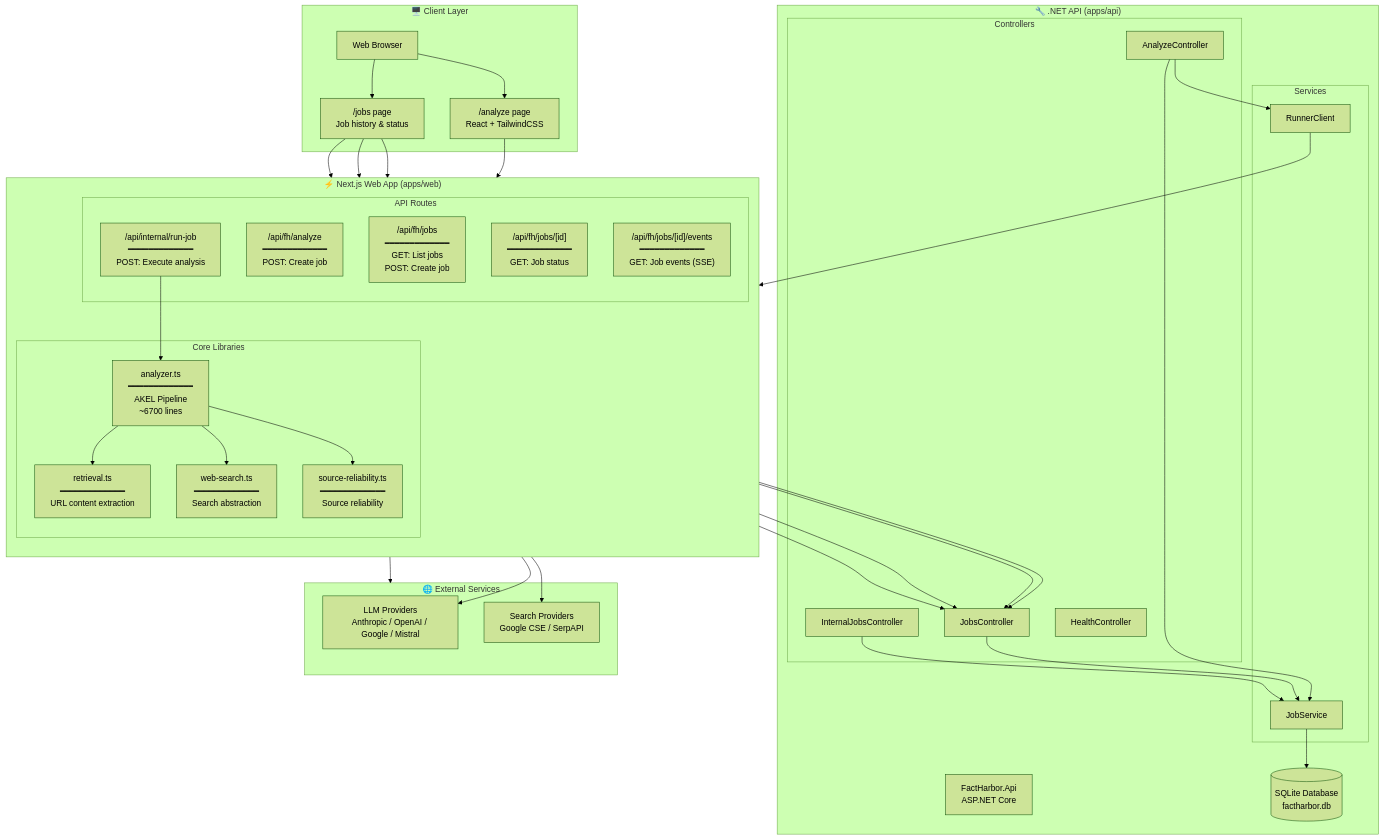
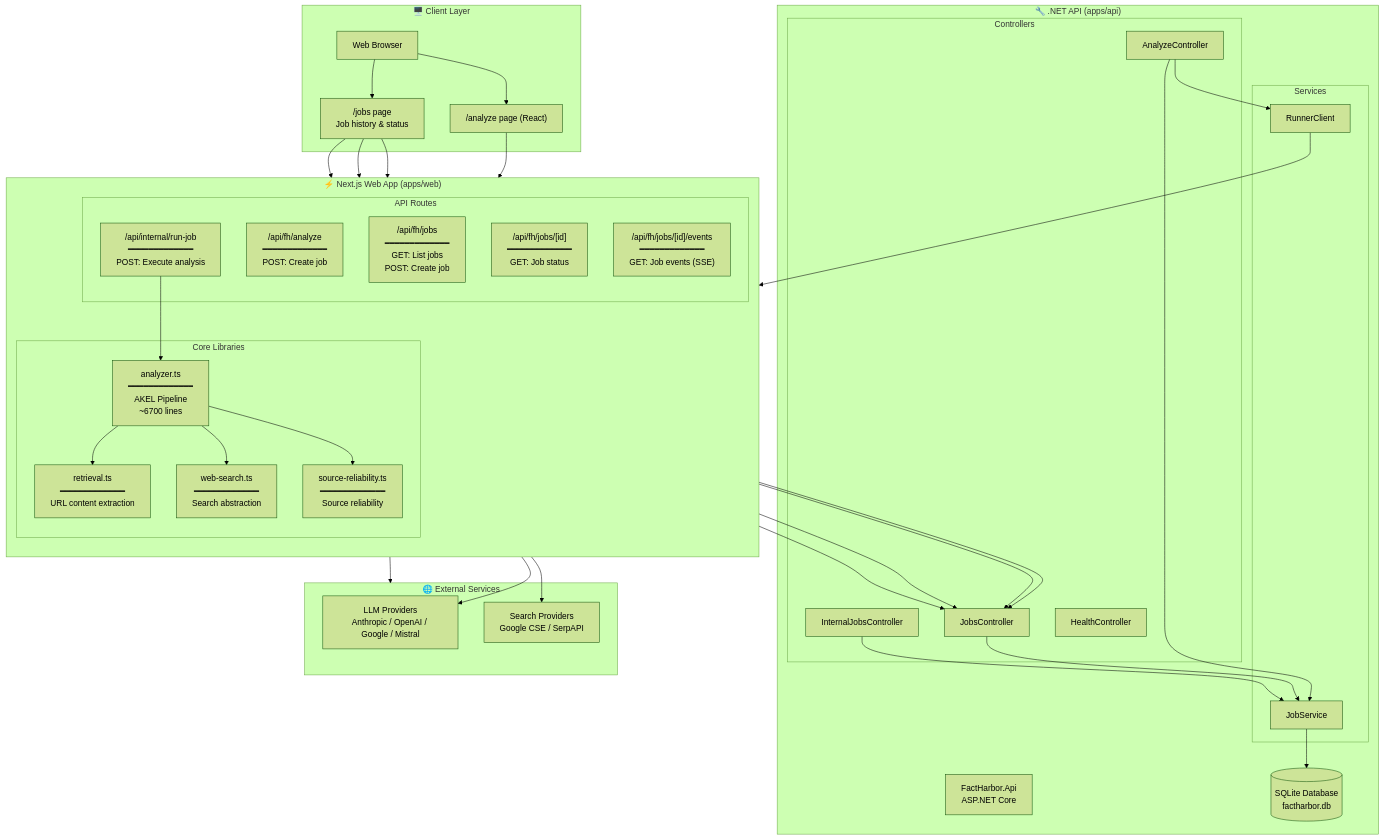
The fourth of 4 diagrams in Docs/ARCHITECTURE/Overview.md (robertschaub/FactHarbor), drawn with Mermaid (forest theme) before and after one commit. The commit also changed other lines of this file and 13 other files, not shown here.

```diff
--- a/Docs/ARCHITECTURE/Overview.md
+++ b/Docs/ARCHITECTURE/Overview.md
@@ -344,7 +344,7 @@
 flowchart TB
     subgraph Client["🖥️ Client Layer"]
         BROWSER[Web Browser]
-        ANALYZE_PAGE["/analyze page<br/>React + TailwindCSS"]
+        ANALYZE_PAGE["/analyze page (React)"]
         JOBS_PAGE["/jobs page<br/>Job history & status"]
     end
 
```
